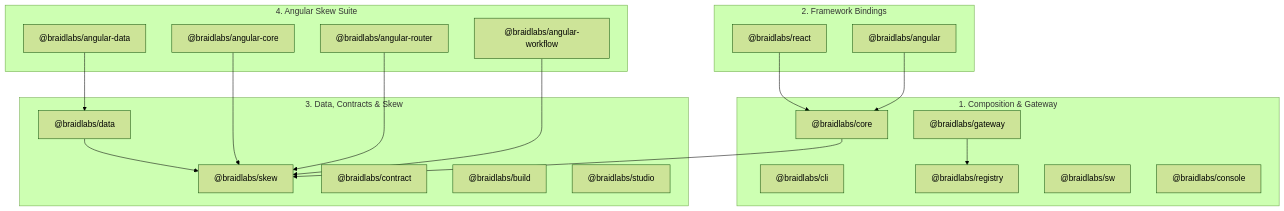
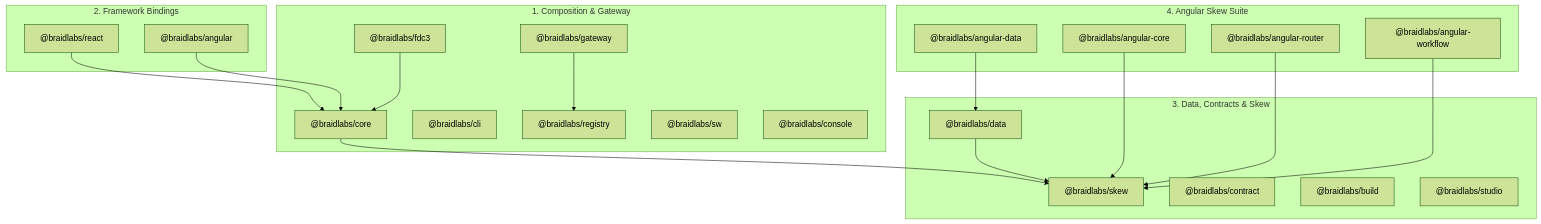
One commit to braidjs/braid changed the diagram in docs/packages/index.md. Above: the diagram before and after it, drawn with Mermaid (forest theme). The commit also changed other lines of this file and 17 other files, not shown here.

First line of the commit message:
feat(fdc3): @braidlabs/fdc3, an FDC3 2.2 Desktop Agent for Braid pages

````diff
--- a/docs/packages/index.md
+++ b/docs/packages/index.md
@@ -9,41 +9,43 @@
 ```mermaid
 flowchart TD
   subgraph Composition ["1. Composition & Gateway"]
     Core["@braidlabs/core"]
     GW["@braidlabs/gateway"]
     CLI["@braidlabs/cli"]
     Registry["@braidlabs/registry"]
     SW["@braidlabs/sw"]
     Console["@braidlabs/console"]
+    FDC3["@braidlabs/fdc3"]
   end
 
   subgraph Frameworks ["2. Framework Bindings"]
     ReactPkg["@braidlabs/react"]
     AngularPkg["@braidlabs/angular"]
   end
 
   subgraph SkewData ["3. Data, Contracts & Skew"]
     Skew["@braidlabs/skew"]
     Data["@braidlabs/data"]
     Contract["@braidlabs/contract"]
     Build["@braidlabs/build"]
     Studio["@braidlabs/studio"]
   end
 
   subgraph AngularSuite ["4. Angular Skew Suite"]
     AngCore["@braidlabs/angular-core"]
     AngData["@braidlabs/angular-data"]
     AngRouter["@braidlabs/angular-router"]
     AngWorkflow["@braidlabs/angular-workflow"]
   end
 
   ReactPkg --> Core
   AngularPkg --> Core
   GW --> Registry
+  FDC3 --> Core
   Core --> Skew
   Data --> Skew
   AngData --> Data
   AngCore --> Skew
   AngRouter --> Skew
   AngWorkflow --> Skew
 ```
````
